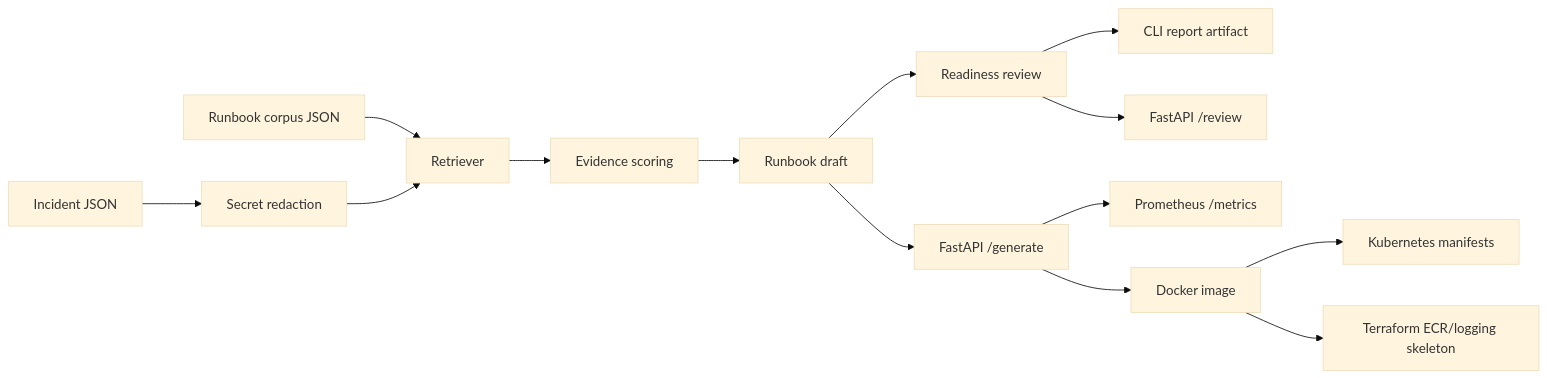
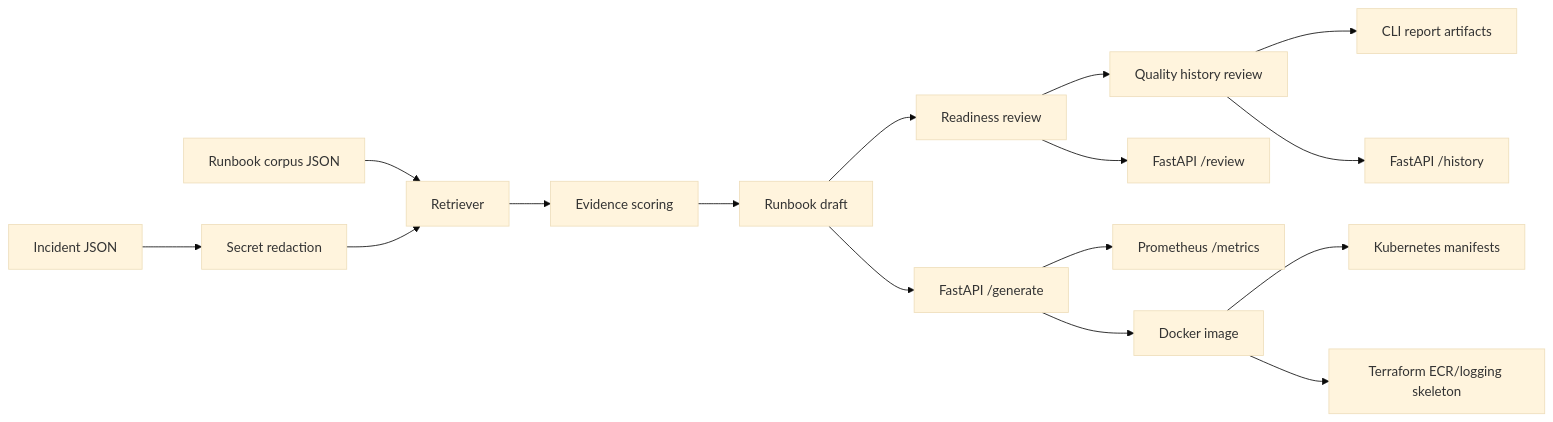
One commit to Nagadeepak1998/ai-incident-runbook-generator changed the diagram in README.md. Above: the diagram before and after it, drawn with Mermaid (base theme). The commit also changed other lines of this file and 15 other files, not shown here.

Commit message:
Add runbook quality history review

````diff
--- a/README.md
+++ b/README.md
@@ -25,16 +30,18 @@
 ```mermaid
 flowchart LR
     A[Incident JSON] --> B[Secret redaction]
     C[Runbook corpus JSON] --> D[Retriever]
     B --> D
     D --> E[Evidence scoring]
     E --> F[Runbook draft]
     F --> G[Readiness review]
-    G --> H[CLI report artifact]
-    G --> I[FastAPI /review]
-    F --> J[FastAPI /generate]
-    J --> K[Prometheus /metrics]
-    J --> L[Docker image]
-    L --> M[Kubernetes manifests]
-    L --> N[Terraform ECR/logging skeleton]
+    G --> H[Quality history review]
+    H --> I[CLI report artifacts]
+    G --> J[FastAPI /review]
+    F --> K[FastAPI /generate]
+    H --> L[FastAPI /history]
+    K --> M[Prometheus /metrics]
+    K --> N[Docker image]
+    N --> O[Kubernetes manifests]
+    N --> P[Terraform ECR/logging skeleton]
 ```
````
